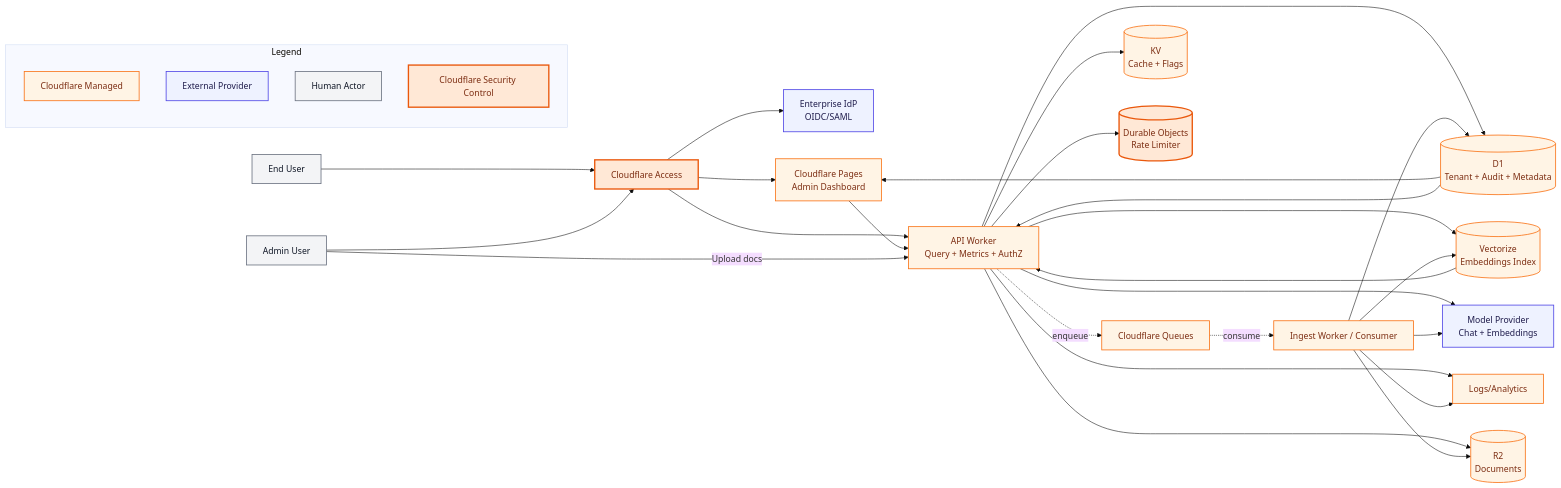
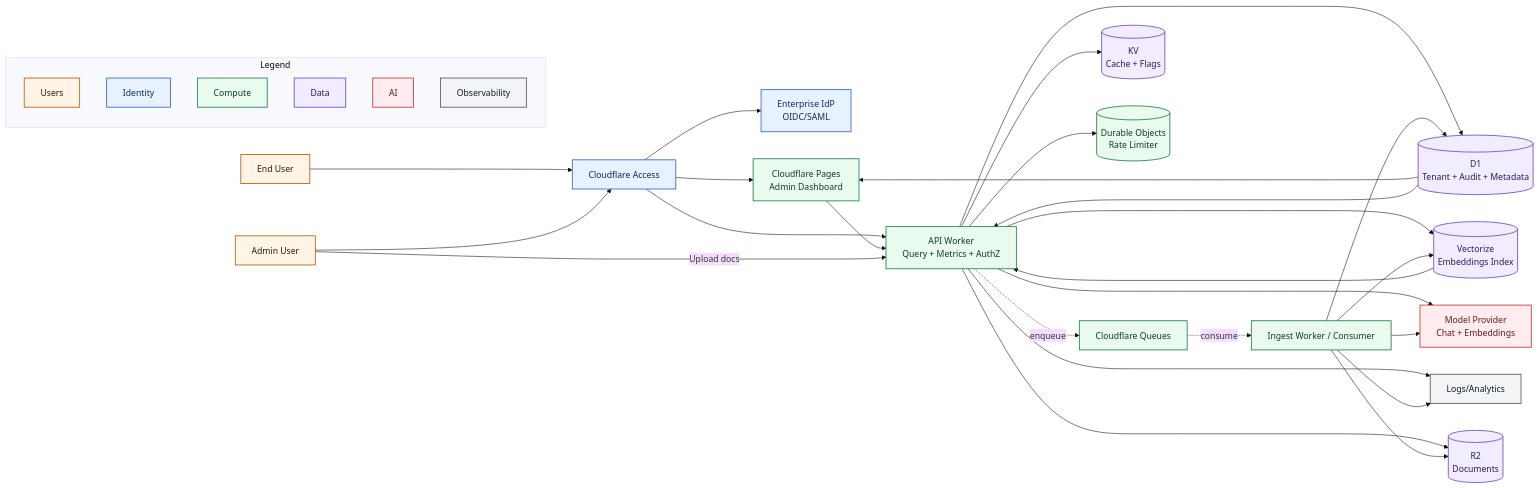
One commit to schradermade/compliance-assistant changed the diagram in infra/diagrams/cloudflare-system.mmd. Above: the diagram before and after it, drawn with Mermaid (base theme). The commit also changed 3 other files, not shown here.

Commit message:
docs: finalize day 1 architecture contracts and rbac model

```diff
--- a/infra/diagrams/cloudflare-system.mmd
+++ b/infra/diagrams/cloudflare-system.mmd
@@ -1,66 +1,74 @@
 flowchart LR
   user[End User]
   admin[Admin User]
   idp[Enterprise IdP<br/>OIDC/SAML]
   access[Cloudflare Access]
   pages[Cloudflare Pages<br/>Admin Dashboard]
   api[API Worker<br/>Query + Metrics + AuthZ]
   queue[Cloudflare Queues]
   ingest[Ingest Worker / Consumer]
   r2[(R2<br/>Documents)]
   vec[(Vectorize<br/>Embeddings Index)]
   d1[(D1<br/>Tenant + Audit + Metadata)]
   kv[(KV<br/>Cache + Flags)]
   do[(Durable Objects<br/>Rate Limiter)]
   llm[Model Provider<br/>Chat + Embeddings]
   logs[Logs/Analytics]
 
   user --> access
   admin --> access
   access --> idp
   access --> pages
   access --> api
 
   pages --> api
 
   api --> do
   api --> kv
   api --> d1
   api --> vec
   api --> llm
   api --> logs
 
   admin -->|Upload docs| api
   api --> r2
   api -. enqueue .-> queue
   queue -. consume .-> ingest
   ingest --> r2
   ingest --> llm
   ingest --> vec
   ingest --> d1
   ingest --> logs
 
   vec --> api
   d1 --> pages
   d1 --> api
 
   subgraph legend[Legend]
-    l1[Cloudflare Managed]
-    l2[External Provider]
-    l3[Human Actor]
-    l4[Cloudflare Security Control]
+    l1[Users]
+    l2[Identity]
+    l3[Compute]
+    l4[Data]
+    l5[AI]
+    l6[Observability]
   end
 
-  classDef cf fill:#FFF4E5,stroke:#F97316,stroke-width:1.5px,color:#7C2D12;
-  classDef cfSec fill:#FFE8D6,stroke:#EA580C,stroke-width:2.5px,color:#7C2D12;
-  classDef ext fill:#EEF2FF,stroke:#4F46E5,stroke-width:1.5px,color:#1E1B4B;
-  classDef human fill:#F3F4F6,stroke:#6B7280,stroke-width:1.5px,color:#111827;
+  classDef users fill:#FFF4E5,stroke:#B65A00,stroke-width:1.5px,color:#2D1B00;
+  classDef identity fill:#E8F1FF,stroke:#2A66B7,stroke-width:1.5px,color:#0E2A57;
+  classDef compute fill:#E9FBEF,stroke:#1F7A3F,stroke-width:1.5px,color:#0D3B1E;
+  classDef data fill:#F2ECFF,stroke:#6B46C1,stroke-width:1.5px,color:#2E1760;
+  classDef ai fill:#FFECEE,stroke:#C53030,stroke-width:1.5px,color:#5C1A1A;
+  classDef ops fill:#F3F4F6,stroke:#4B5563,stroke-width:1.5px,color:#111827;
 
-  class api,pages,ingest,queue,r2,vec,d1,kv,logs cf;
-  class access,do cfSec;
-  class idp,llm ext;
-  class user,admin human;
-  class l1 cf;
-  class l2 ext;
-  class l3 human;
-  class l4 cfSec;
+  class user,admin users;
+  class idp,access identity;
+  class api,pages,ingest,queue,do compute;
+  class r2,vec,d1,kv data;
+  class llm ai;
+  class logs ops;
+  class l1 users;
+  class l2 identity;
+  class l3 compute;
+  class l4 data;
+  class l5 ai;
+  class l6 ops;
```
